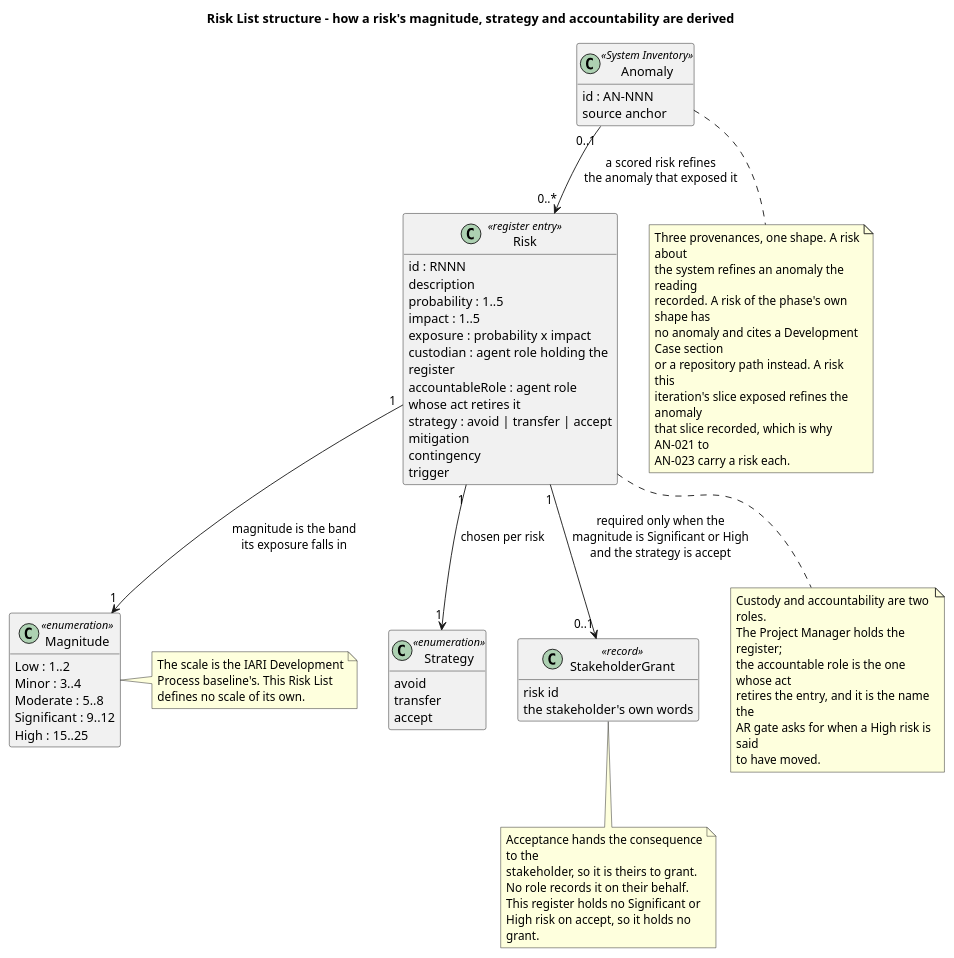
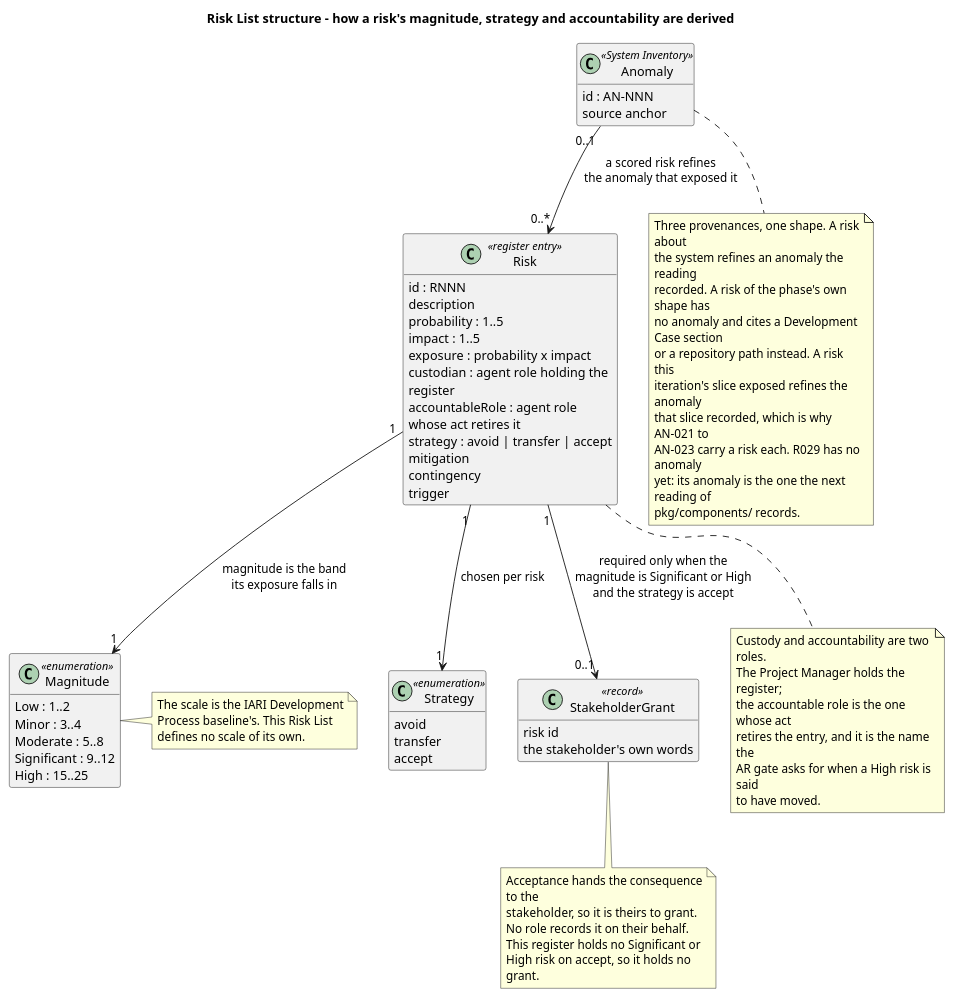
The first of 2 diagrams in docs/artifacts/project-management/risk-list.md (banense-test/dapr), drawn with PlantUML before and after one commit. The commit also changed other lines of this file, not shown here.

First line of the commit message:
Project Manager [Survey2]: upsert Risk List

````diff
--- a/docs/artifacts/project-management/risk-list.md
+++ b/docs/artifacts/project-management/risk-list.md
@@ -109,7 +109,9 @@
   or a repository path instead. A risk this
   iteration's slice exposed refines the anomaly
   that slice recorded, which is why AN-021 to
-  AN-023 carry a risk each.
+  AN-023 carry a risk each. R029 has no anomaly
+  yet: its anomaly is the one the next reading of
+  pkg/components/ records.
 end note
 @enduml
 ```
````
